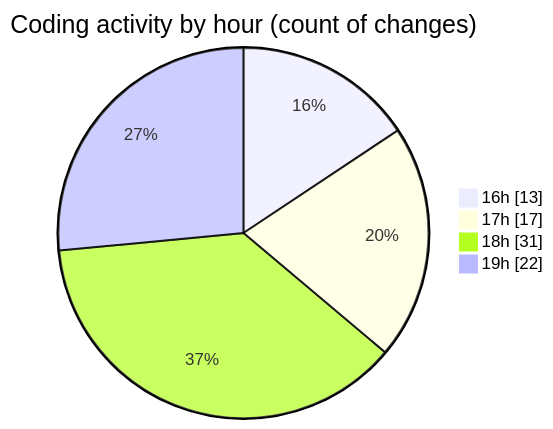
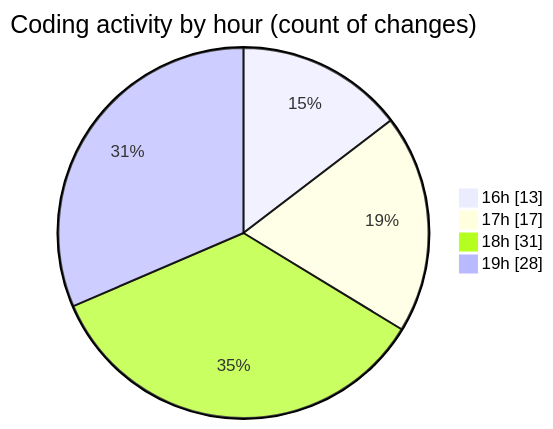
Before and after one commit to idhammustaqopulfikri/code-tracking: the second of 2 diagrams in 2025-05-28/studio-backend/README.md, drawn with Mermaid. The commit also changed other lines of this file and 1 other file, not shown here.

````diff
--- a/2025-05-28/studio-backend/README.md
+++ b/2025-05-28/studio-backend/README.md
@@ -49,8 +51,8 @@
 ```mermaid
 pie showData
 title Coding activity by hour (count of changes)
 "16h" : 13
 "17h" : 17
 "18h" : 31
-"19h" : 22
+"19h" : 28
 ```
````
